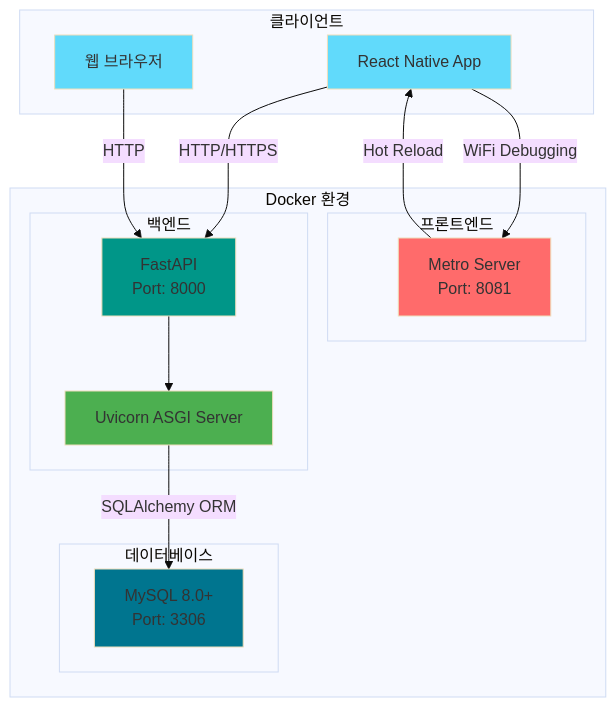
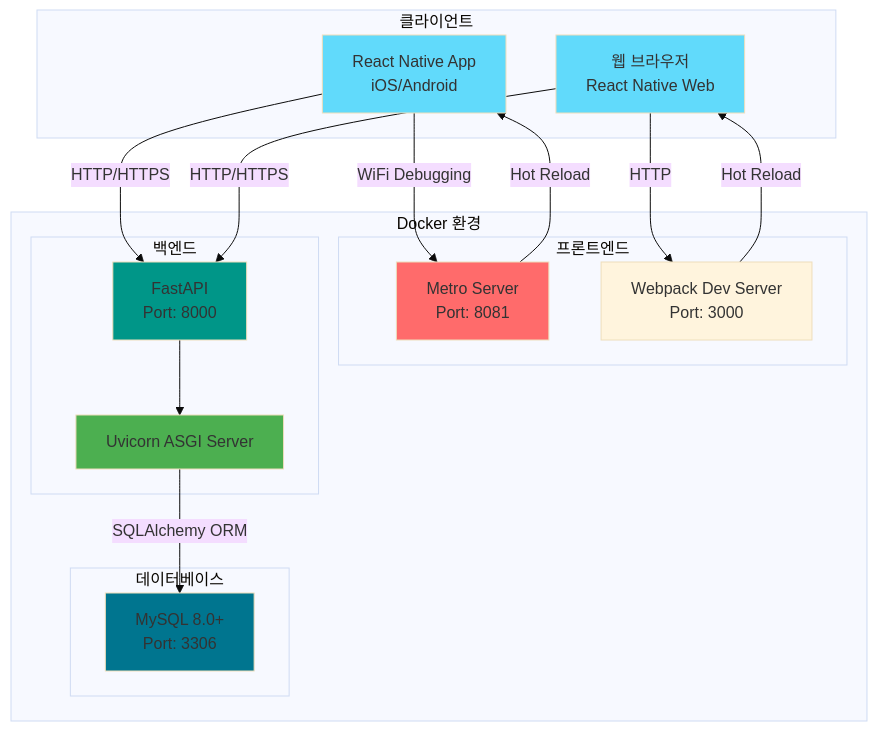
Before and after one commit to kimyeonghoon/fullstack_template: the first of 7 diagrams in docs/ARCHITECTURE.md, drawn with Mermaid (base theme). The commit also changed other lines of this file and 3 other files, not shown here.

First line of the commit message:
docs: update documentation to reflect React Native 0.78.3 and React Native Web

````diff
--- a/docs/ARCHITECTURE.md
+++ b/docs/ARCHITECTURE.md
@@ -7,36 +7,39 @@
 ```mermaid
 graph TB
     subgraph "클라이언트"
-        A[React Native App]
-        B[웹 브라우저]
+        A[React Native App<br/>iOS/Android]
+        B[웹 브라우저<br/>React Native Web]
     end
 
     subgraph "Docker 환경"
         subgraph "프론트엔드"
             C[Metro Server<br/>Port: 8081]
+            C2[Webpack Dev Server<br/>Port: 3000]
         end
 
         subgraph "백엔드"
             D[FastAPI<br/>Port: 8000]
             E[Uvicorn ASGI Server]
         end
 
         subgraph "데이터베이스"
             F[MySQL 8.0+<br/>Port: 3306]
         end
     end
 
     A -->|WiFi Debugging| C
     A -->|HTTP/HTTPS| D
-    B -->|HTTP| D
+    B -->|HTTP| C2
+    B -->|HTTP/HTTPS| D
     C -->|Hot Reload| A
+    C2 -->|Hot Reload| B
     D --> E
     E -->|SQLAlchemy ORM| F
 
     style A fill:#61DAFB
     style B fill:#61DAFB
     style C fill:#FF6B6B
     style D fill:#009688
     style E fill:#4CAF50
     style F fill:#00758F
 ```
````
